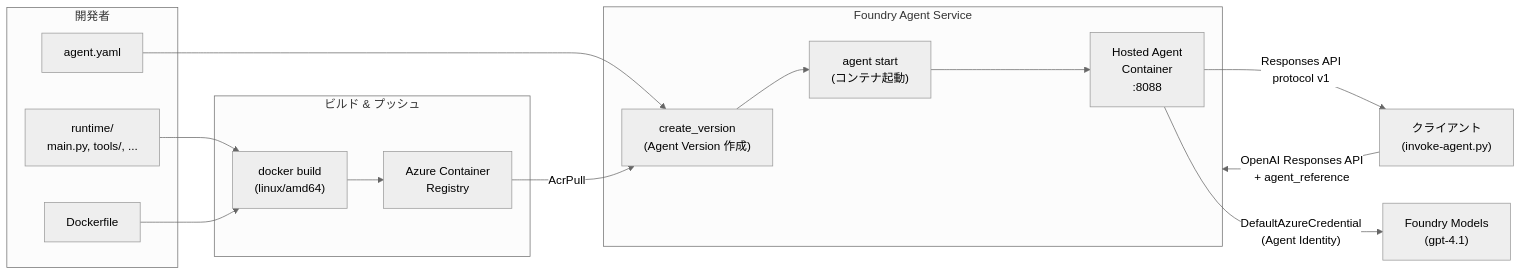
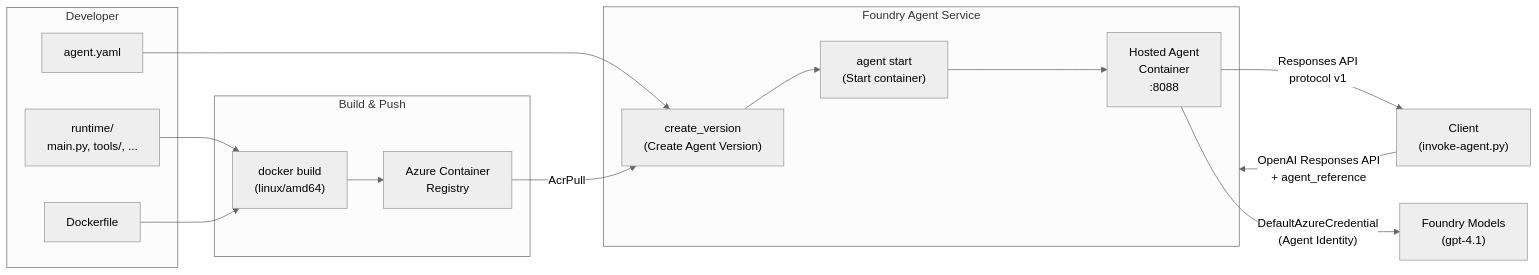
Before and after one commit to shigeyf/entra-agent-id-auth-flow-demo: the diagram in src/agent/README.md, drawn with Mermaid (neutral theme). The commit also changed other lines of this file and 23 other files, not shown here.

````diff
--- a/src/agent/README.md
+++ b/src/agent/README.md
@@ -12,34 +13,34 @@
 ```mermaid
 flowchart LR
-    subgraph Developer["開発者"]
+    subgraph Developer["Developer"]
         Code["runtime/\nmain.py, tools/, ..."]
         Dockerfile
         AgentYaml["agent.yaml"]
     end
 
-    subgraph Build["ビルド & プッシュ"]
+    subgraph Build["Build & Push"]
         Docker["docker build\n(linux/amd64)"]
         ACR["Azure Container\nRegistry"]
     end
 
     subgraph Foundry["Foundry Agent Service"]
-        CreateVer["create_version\n(Agent Version 作成)"]
-        Start["agent start\n(コンテナ起動)"]
+        CreateVer["create_version\n(Create Agent Version)"]
+        Start["agent start\n(Start container)"]
         Container["Hosted Agent\nContainer\n:8088"]
     end
 
     LLM["Foundry Models\n(gpt-4.1)"]
 
-    Client["クライアント\n(invoke-agent.py)"]
+    Client["Client\n(invoke-agent.py)"]
 
     Code --> Docker
     Dockerfile --> Docker
     Docker --> ACR
     AgentYaml --> CreateVer
     ACR -->|AcrPull| CreateVer
     CreateVer --> Start
     Start --> Container
     Container -->|Responses API\nprotocol v1| Client
     Container -->|"DefaultAzureCredential\n(Agent Identity)"| LLM
     Client -->|OpenAI Responses API\n+ agent_reference| Foundry
 ```
````
